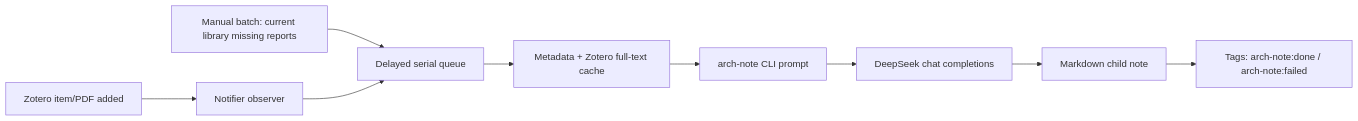
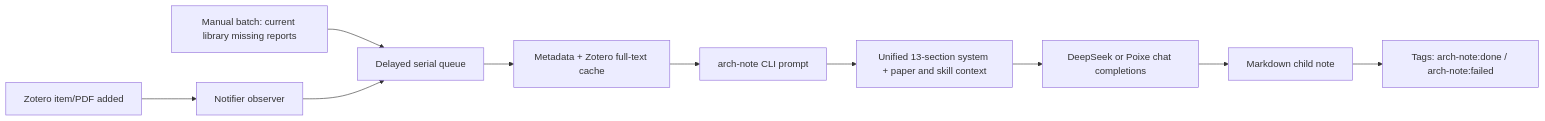
The diagram in docs/architecture.md (fanyc22/arch-note), drawn with Mermaid before and after one commit. The commit also changed other lines of this file and 22 other files, not shown here.

Commit message:
Unify paper guide system prompt and add Poixe support

````diff
--- a/docs/architecture.md
+++ b/docs/architecture.md
@@ -3,11 +3,12 @@
 ```mermaid
 flowchart LR
   A["Zotero item/PDF added"] --> B["Notifier observer"]
   Z["Manual batch: current library missing reports"] --> C
   B --> C["Delayed serial queue"]
   C --> D["Metadata + Zotero full-text cache"]
   D --> E["arch-note CLI prompt"]
-  E --> F["DeepSeek chat completions"]
+  E --> P["Unified 13-section system + paper and skill context"]
+  P --> F["DeepSeek or Poixe chat completions"]
   F --> G["Markdown child note"]
   G --> H["Tags: arch-note:done / arch-note:failed"]
 ```
````
